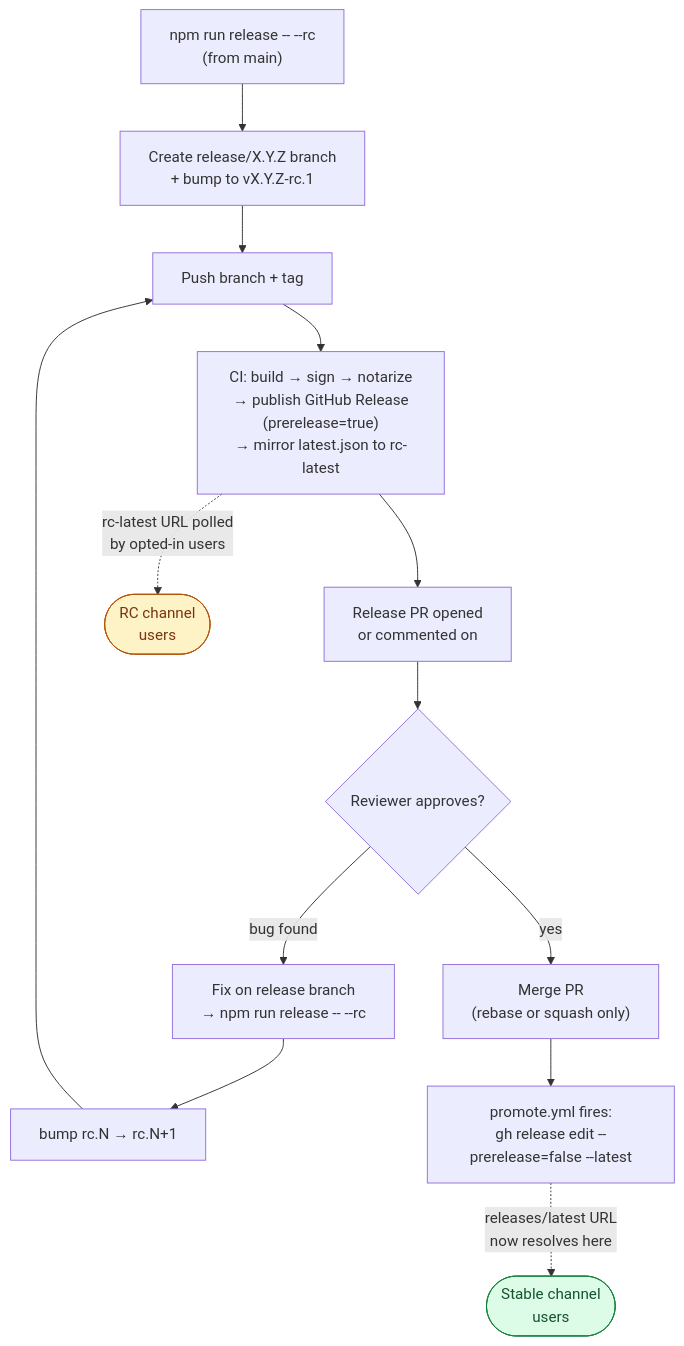
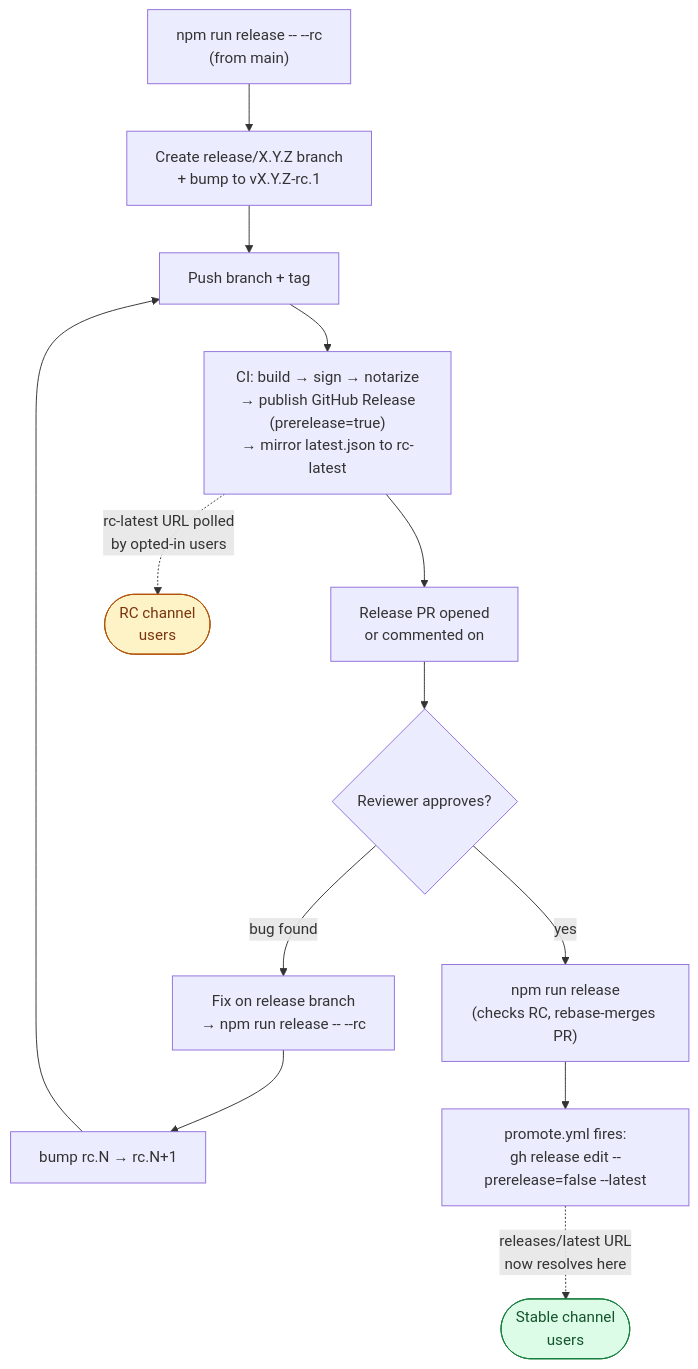
Before and after one commit to NeuroSkill-com/skill: the diagram in docs/DEVELOPMENT.md, drawn with Mermaid. The commit also changed other lines of this file and 9 other files, not shown here.

````diff
--- a/docs/DEVELOPMENT.md
+++ b/docs/DEVELOPMENT.md
@@ -290,21 +290,21 @@
 ```mermaid
 flowchart TD
     A["npm run release -- --rc<br/>(from main)"] --> B["Create release/X.Y.Z branch<br/>+ bump to vX.Y.Z-rc.1"]
     B --> C["Push branch + tag"]
     C --> D["CI: build → sign → notarize<br/>→ publish GitHub Release<br/>(prerelease=true)<br/>→ mirror latest.json to rc-latest"]
     D --> E["Release PR opened<br/>or commented on"]
     D -. "rc-latest URL polled<br/>by opted-in users" .-> RC(["RC channel<br/>users"])
 
     E --> F{"Reviewer approves?"}
     F -- "bug found" --> G["Fix on release branch<br/>→ npm run release -- --rc"]
     G --> H["bump rc.N → rc.N+1"]
     H --> C
-    F -- "yes" --> M["Merge PR<br/>(rebase or squash only)"]
+    F -- "yes" --> M["npm run release<br/>(checks RC, rebase-merges PR)"]
     M --> N["promote.yml fires:<br/>gh release edit --prerelease=false --latest"]
     N -. "releases/latest URL<br/>now resolves here" .-> S(["Stable channel<br/>users"])
 
     classDef rcNode fill:#fef3c7,stroke:#b45309,color:#78350f;
     classDef stableNode fill:#dcfce7,stroke:#15803d,color:#14532d;
     class RC rcNode;
     class S stableNode;
 ```
````
